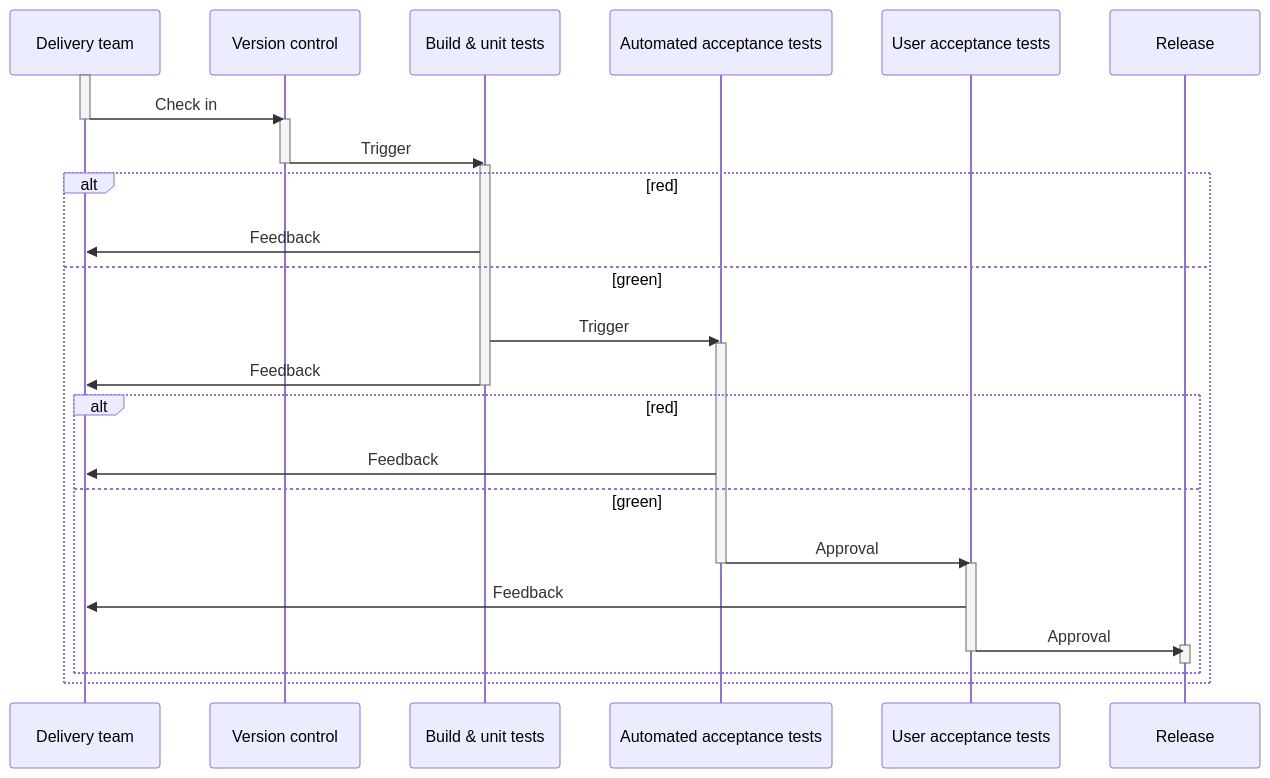
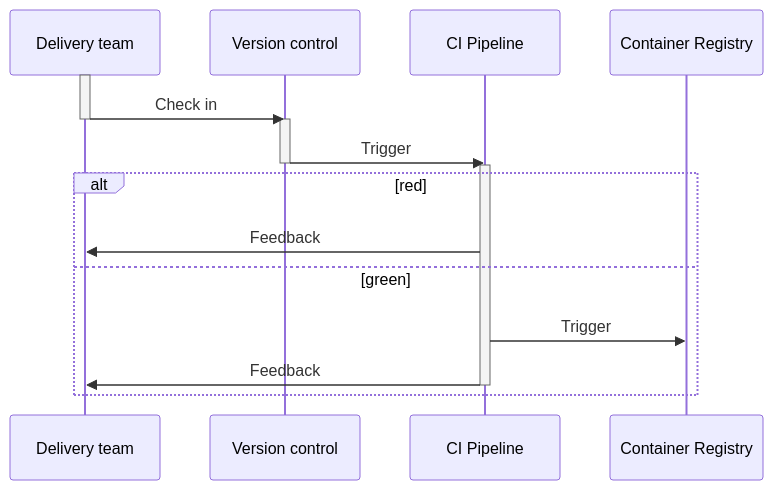
Before and after one commit to Kafune/devops-wkopdr-3: the diagram in README.md, drawn with Mermaid.

Commit message:
#5 diagram of the workflow right now

````diff
--- a/README.md
+++ b/README.md
@@ -5,38 +5,24 @@
 ```mermaid
 sequenceDiagram
     participant dt as Delivery team
     participant vc as Version control
-    participant but as Build & unit tests
-    participant aat as Automated acceptance tests
-    participant uat as User acceptance tests
-    participant r as Release
+    participant but as CI Pipeline
+    participant r as Container Registry
     activate dt
     dt->>vc: Check in
     deactivate dt
     activate vc
     vc->>but: Trigger
     deactivate vc
     activate but
+    
     alt red
     but->>dt: Feedback
     
     else green
-    but->>aat: Trigger
-    activate aat
+    but->>r: Trigger
+    activate r
     but->>dt: Feedback
     deactivate but
-    alt red
-    aat->>dt: Feedback
-
-    else green
-    aat->>uat: Approval
-    deactivate aat
-    activate uat
-    uat->>dt: Feedback
-    uat->>r: Approval
-    deactivate uat
-    activate r
-    deactivate r
-    end
     end
 ```
````
